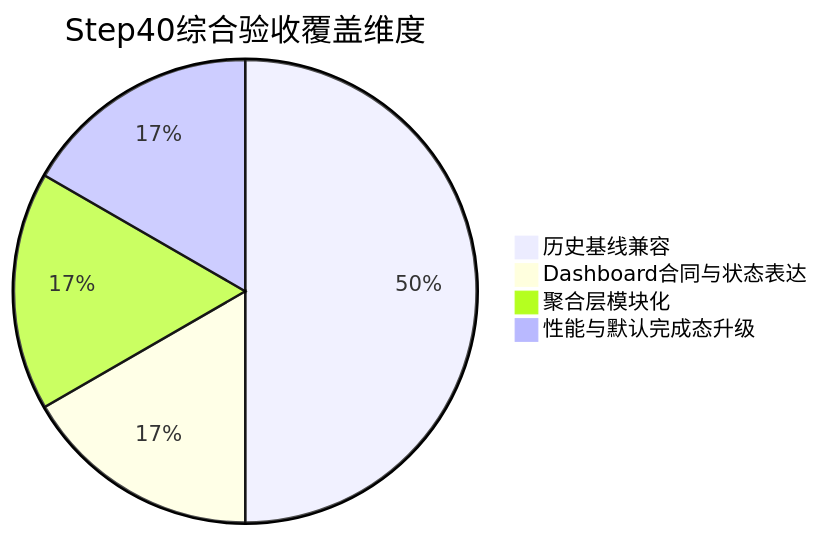
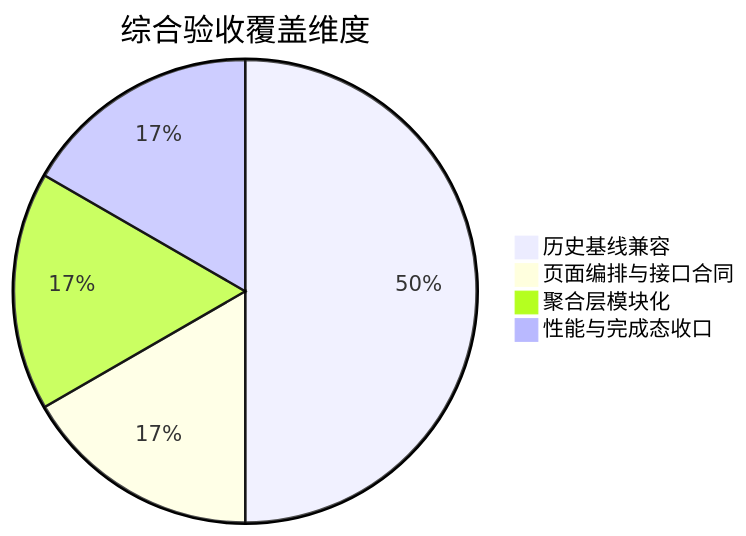
One commit to 2696437448-cmyk/smart-parking-system changed the seventh of 7 diagrams in docs/thesis-docs/thesis-draft.md. Above: the diagram before and after it, drawn with Mermaid. The commit also changed other lines of this file and 12 other files, not shown here.

````diff
--- a/docs/thesis-docs/thesis-draft.md
+++ b/docs/thesis-docs/thesis-draft.md
@@ -516,7 +574,7 @@
 ```mermaid
-pie title Step40综合验收覆盖维度
+pie title 综合验收覆盖维度
     "历史基线兼容" : 3
-    "Dashboard合同与状态表达" : 1
+    "页面编排与接口合同" : 1
     "聚合层模块化" : 1
-    "性能与默认完成态升级" : 1
+    "性能与完成态收口" : 1
 ```
````
